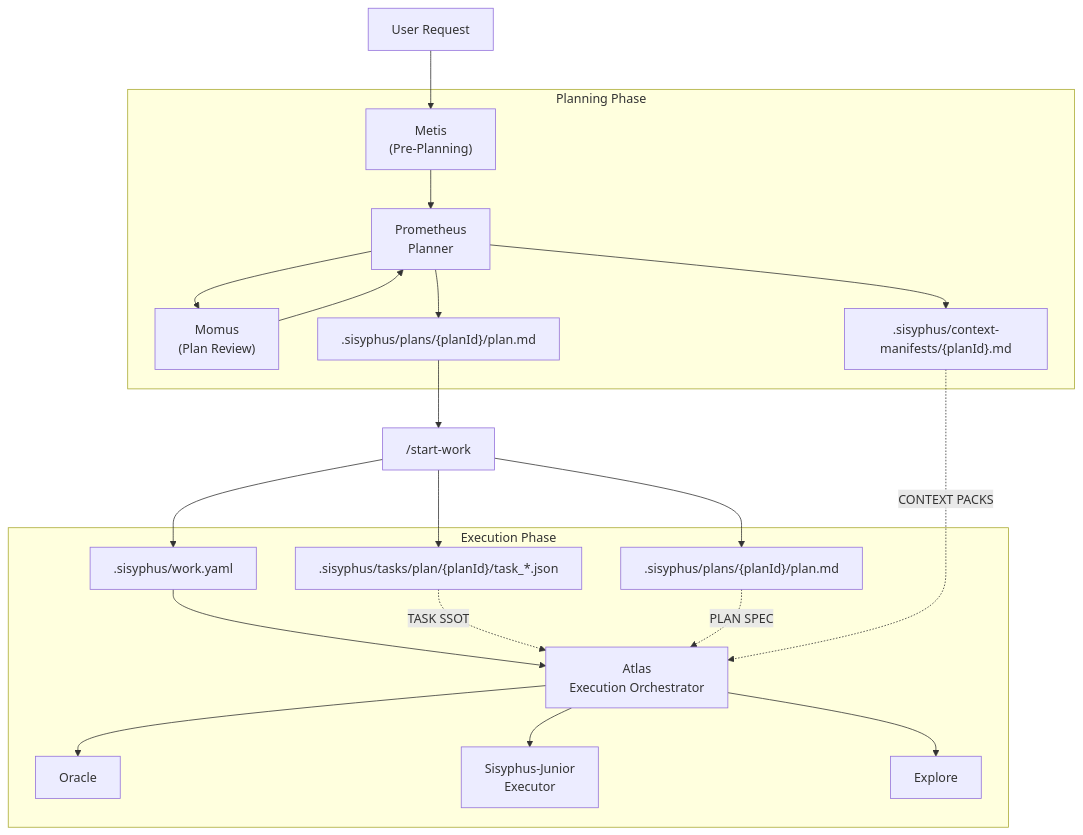
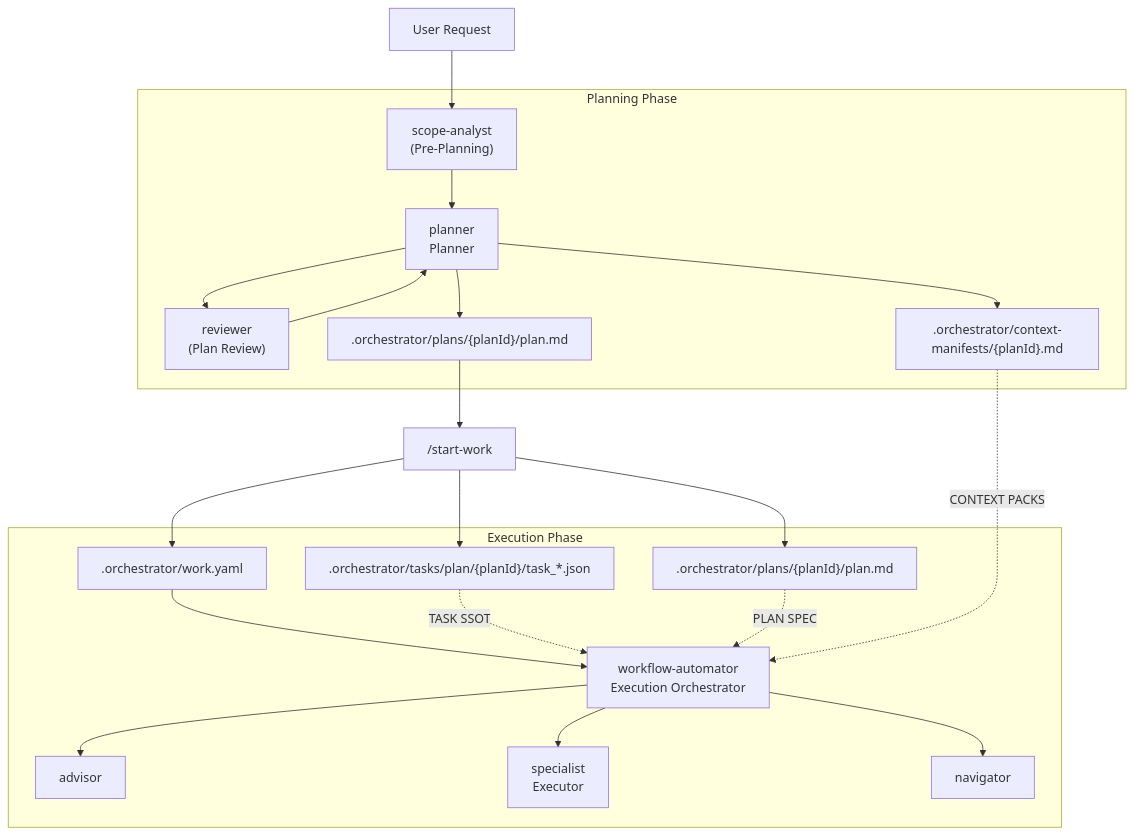
The second of 2 diagrams in docs/guide/orchestration.md (arcthur/oh-my-opencode), drawn with Mermaid before and after one commit. The commit also changed other lines of this file and 416 other files, not shown here.

````diff
--- a/docs/guide/orchestration.md
+++ b/docs/guide/orchestration.md
@@ -41,27 +41,27 @@
 ```mermaid
 flowchart TD
-    User[User Request] --> Metis
+    User[User Request] --> scope-analyst
 
     subgraph Planning Phase
-        Metis["Metis<br>(Pre-Planning)"] --> Prometheus["Prometheus<br>Planner"]
-        Prometheus --> Momus["Momus<br>(Plan Review)"]
-        Momus --> Prometheus
-        Prometheus --> PlanSpec[".sisyphus/plans/{planId}/plan.md"]
-        Prometheus --> ManifestFile[".sisyphus/context-manifests/{planId}.md"]
+        scope-analyst["scope-analyst<br>(Pre-Planning)"] --> planner["planner<br>Planner"]
+        planner --> reviewer["reviewer<br>(Plan Review)"]
+        reviewer --> planner
+        planner --> PlanSpec[".orchestrator/plans/{planId}/plan.md"]
+        planner --> ManifestFile[".orchestrator/context-manifests/{planId}.md"]
     end
 
     PlanSpec --> StartWork["/start-work"]
-    StartWork --> WorkState[".sisyphus/work.yaml"]
-    StartWork --> ExecPlan[".sisyphus/plans/{planId}/plan.md"]
-    StartWork --> TaskGraph[".sisyphus/tasks/plan/{planId}/task_*.json"]
+    StartWork --> WorkState[".orchestrator/work.yaml"]
+    StartWork --> ExecPlan[".orchestrator/plans/{planId}/plan.md"]
+    StartWork --> TaskGraph[".orchestrator/tasks/plan/{planId}/task_*.json"]
 
     subgraph Execution Phase
-        WorkState --> Atlas[Atlas<br>Execution Orchestrator]
-        TaskGraph -.-> |"TASK SSOT"| Atlas
-        ExecPlan -.-> |"PLAN SPEC"| Atlas
-        ManifestFile -.-> |"CONTEXT PACKS"| Atlas
-        Atlas --> Oracle[Oracle]
-        Atlas --> Junior["Sisyphus-Junior<br>Executor"]
-        Atlas --> Explore[Explore]
+        WorkState --> workflow-automator[workflow-automator<br>Execution Orchestrator]
+        TaskGraph -.-> |"TASK SSOT"| workflow-automator
+        ExecPlan -.-> |"PLAN SPEC"| workflow-automator
+        ManifestFile -.-> |"CONTEXT PACKS"| workflow-automator
+        workflow-automator --> advisor[advisor]
+        workflow-automator --> Junior["specialist<br>Executor"]
+        workflow-automator --> navigator[navigator]
     end
 ```
````
